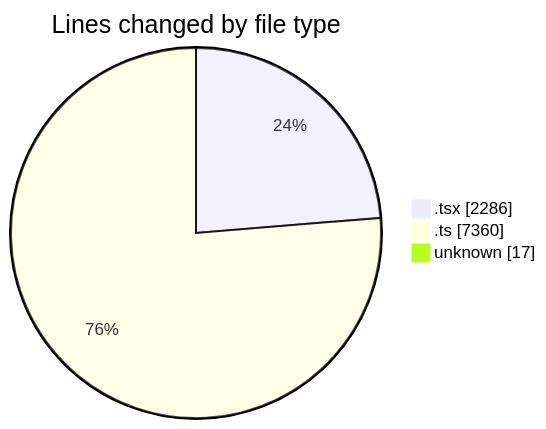
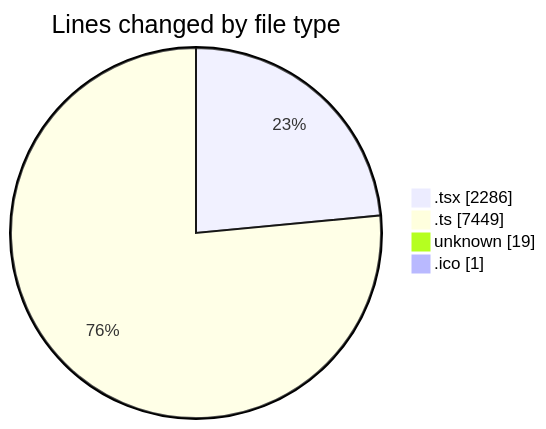
The first of 2 diagrams in 2025-06-20/modeljsondesigner/README.md (JenPaints/code-tracking), drawn with Mermaid before and after one commit. The commit also changed other lines of this file and 1 other file, not shown here.

````diff
--- a/2025-06-20/modeljsondesigner/README.md
+++ b/2025-06-20/modeljsondesigner/README.md
@@ -26,7 +28,8 @@
 ```mermaid
 pie showData
 title Lines changed by file type
 ".tsx" : 2286
-".ts" : 7360
-"unknown" : 17
+".ts" : 7449
+"unknown" : 19
+".ico" : 1
 ```
````
